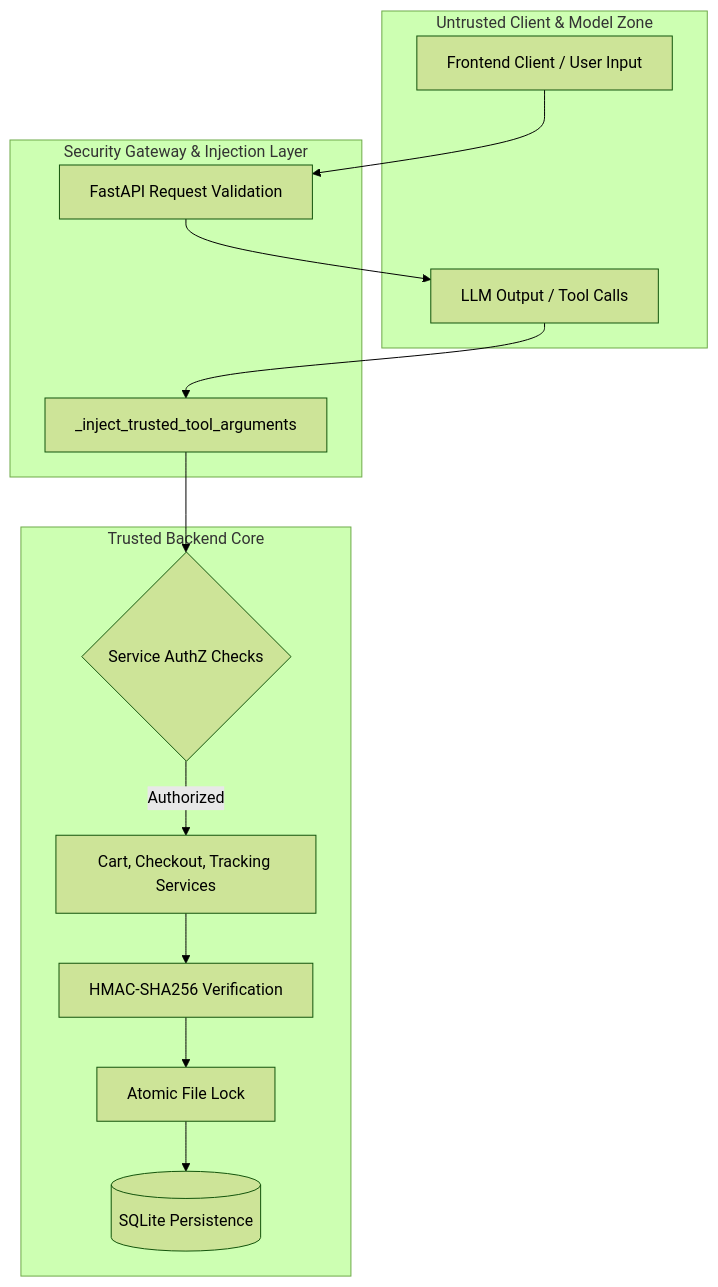
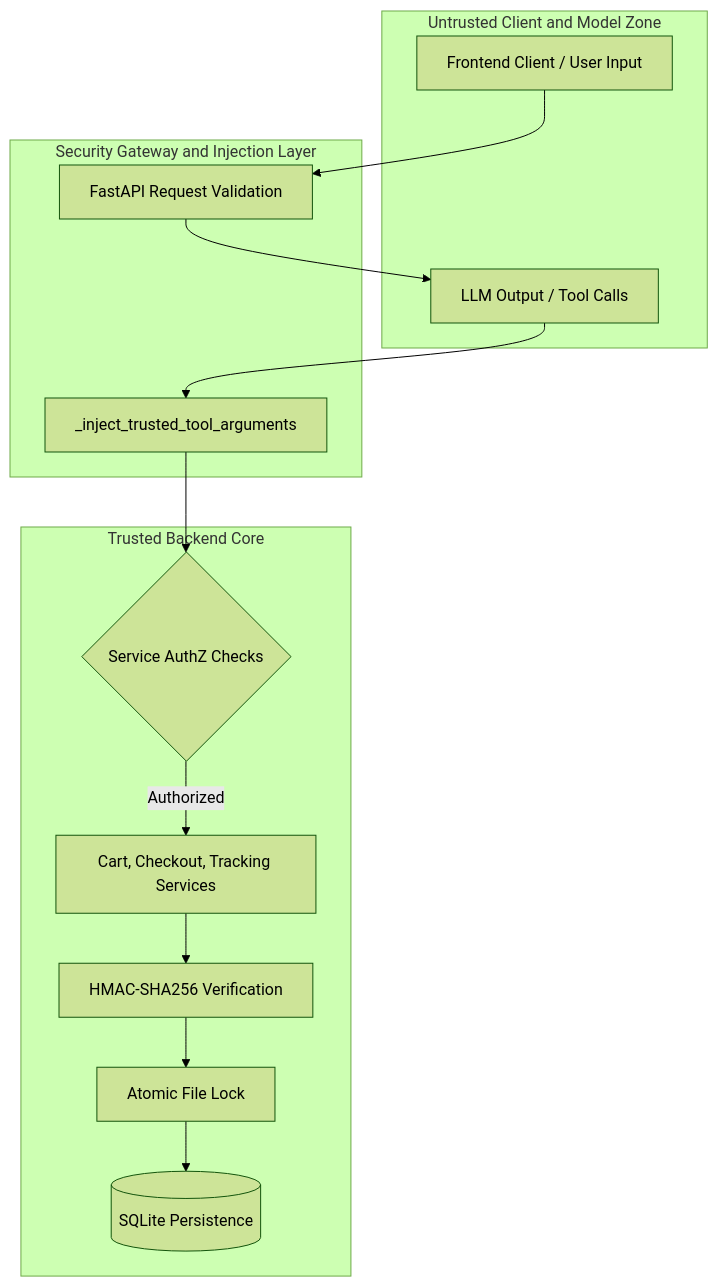
The diagram in docs/security.md (amaymishra1104/agentpay-ai), drawn with Mermaid (forest theme) before and after one commit. The commit also changed 5 other files, not shown here.

Commit message:
docs: polish architecture diagram and repository hygiene

````diff
--- a/docs/security.md
+++ b/docs/security.md
@@ -31,29 +31,29 @@
 ```mermaid
 flowchart TD
-    subgraph Untrusted_Zone["Untrusted Client & Model Zone"]
-        CLIENT[Frontend Client / User Input]
-        LLM[LLM Output / Tool Calls]
+    subgraph Untrusted_Zone["Untrusted Client and Model Zone"]
+        CLIENT["Frontend Client / User Input"]
+        LLM["LLM Output / Tool Calls"]
     end
 
-    subgraph Security_Perimeter["Security Gateway & Injection Layer"]
-        GATEWAY[FastAPI Request Validation]
-        INJECT[_inject_trusted_tool_arguments]
+    subgraph Security_Perimeter["Security Gateway and Injection Layer"]
+        GATEWAY["FastAPI Request Validation"]
+        INJECT["_inject_trusted_tool_arguments"]
     end
 
     subgraph Trusted_Zone["Trusted Backend Core"]
-        AUTHZ{Service AuthZ Checks}
-        SERVICES[Cart, Checkout, Tracking Services]
-        CRYPTO[HMAC-SHA256 Verification]
-        LOCK[Atomic File Lock]
-        DB[(SQLite Persistence)]
+        AUTHZ{"Service AuthZ Checks"}
+        SERVICES["Cart, Checkout, Tracking Services"]
+        CRYPTO["HMAC-SHA256 Verification"]
+        LOCK["Atomic File Lock"]
+        DB[("SQLite Persistence")]
     end
 
     CLIENT --> GATEWAY
     GATEWAY --> LLM
     LLM --> INJECT
     INJECT --> AUTHZ
     AUTHZ -->|Authorized| SERVICES
     SERVICES --> CRYPTO
     CRYPTO --> LOCK
     LOCK --> DB
 ```
````
